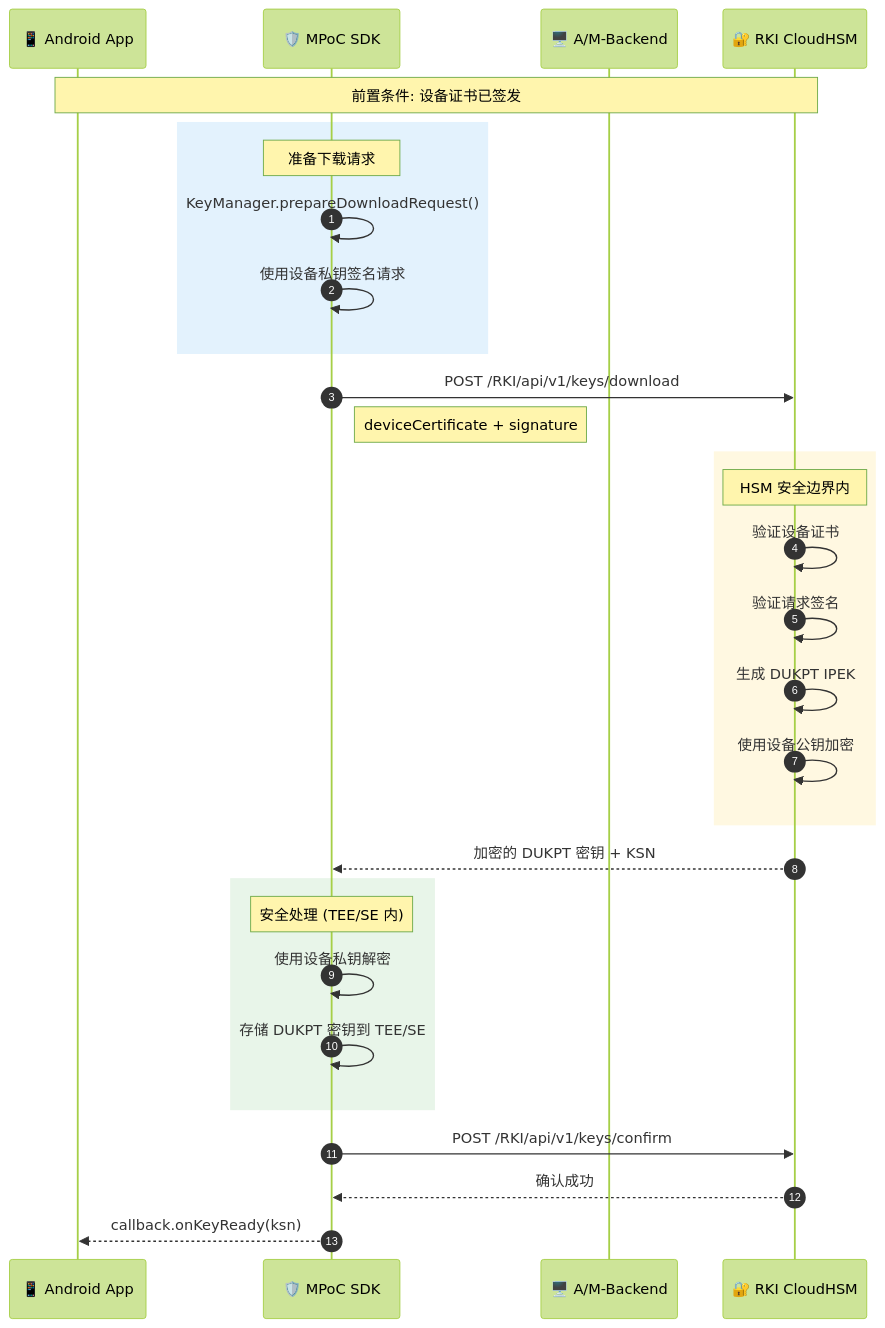
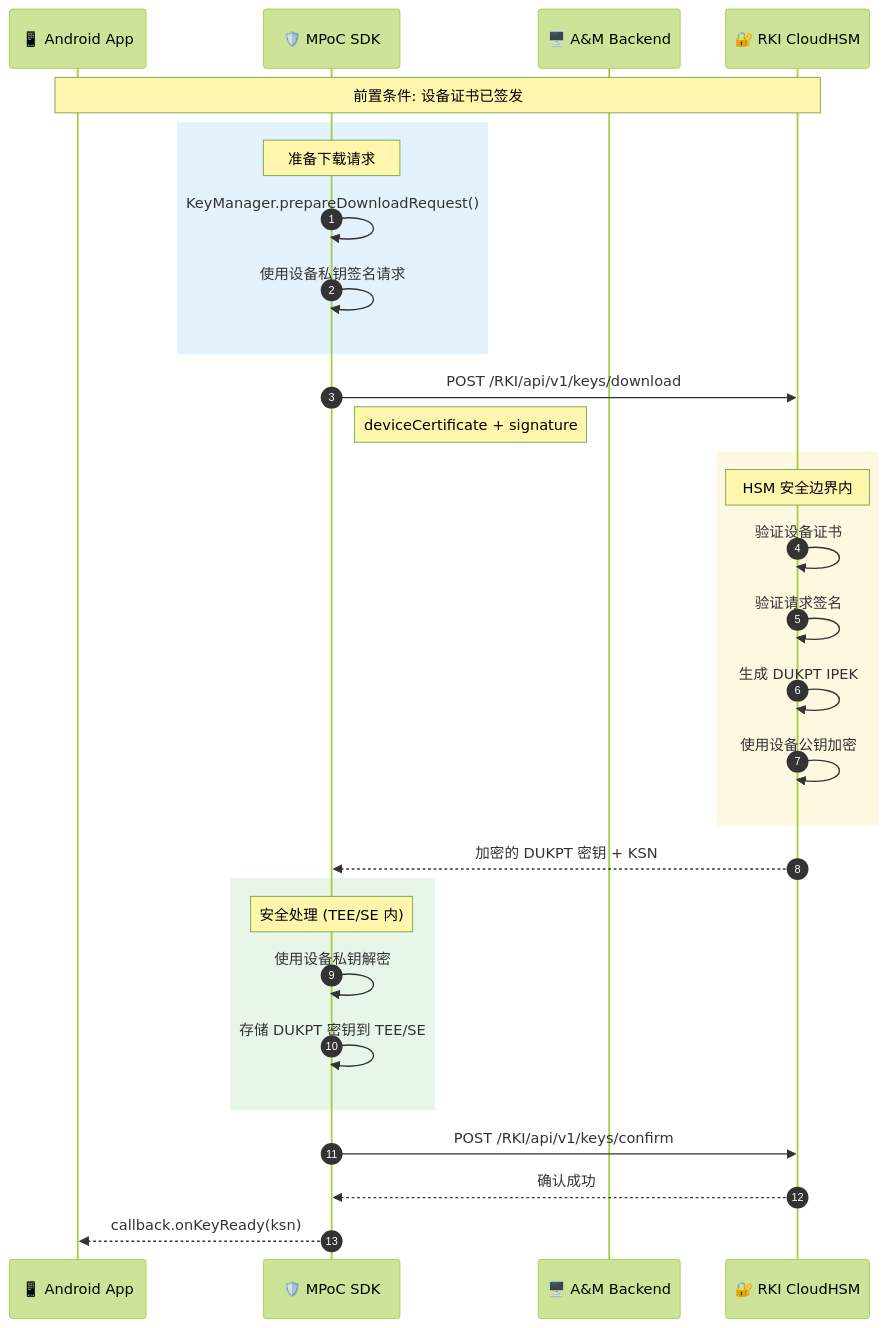
Before and after one commit to kevinwangl/sunbay-softpos-docs: the ninth of 21 diagrams in solution/MPOC_SDK_API_GUIDE.md, drawn with Mermaid (forest theme). The commit also changed other lines of this file, not shown here.

````diff
--- a/solution/MPOC_SDK_API_GUIDE.md
+++ b/solution/MPOC_SDK_API_GUIDE.md
@@ -786,40 +786,40 @@
 ```mermaid
 sequenceDiagram
     autonumber
     participant App as 📱 Android App
     participant SDK as 🛡️ MPoC SDK
-    participant Backend as 🖥️ A/M-Backend
+    participant Backend as 🖥️ A&M Backend
     participant HSM as 🔐 RKI CloudHSM
 
     Note over App,HSM: 前置条件: 设备证书已签发
     
     rect rgb(227, 242, 253)
         Note over SDK: 准备下载请求
         SDK->>SDK: KeyManager.prepareDownloadRequest()
         SDK->>SDK: 使用设备私钥签名请求
     end
     
     SDK->>HSM: POST /RKI/api/v1/keys/download
     Note right of SDK: deviceCertificate + signature
     
     rect rgb(255, 248, 225)
         Note over HSM: HSM 安全边界内
         HSM->>HSM: 验证设备证书
         HSM->>HSM: 验证请求签名
         HSM->>HSM: 生成 DUKPT IPEK
         HSM->>HSM: 使用设备公钥加密
     end
     
     HSM-->>SDK: 加密的 DUKPT 密钥 + KSN
     
     rect rgb(232, 245, 233)
         Note over SDK: 安全处理 (TEE/SE 内)
         SDK->>SDK: 使用设备私钥解密
         SDK->>SDK: 存储 DUKPT 密钥到 TEE/SE
     end
     
     SDK->>HSM: POST /RKI/api/v1/keys/confirm
     HSM-->>SDK: 确认成功
     
     SDK-->>App: callback.onKeyReady(ksn)
 ```
````
